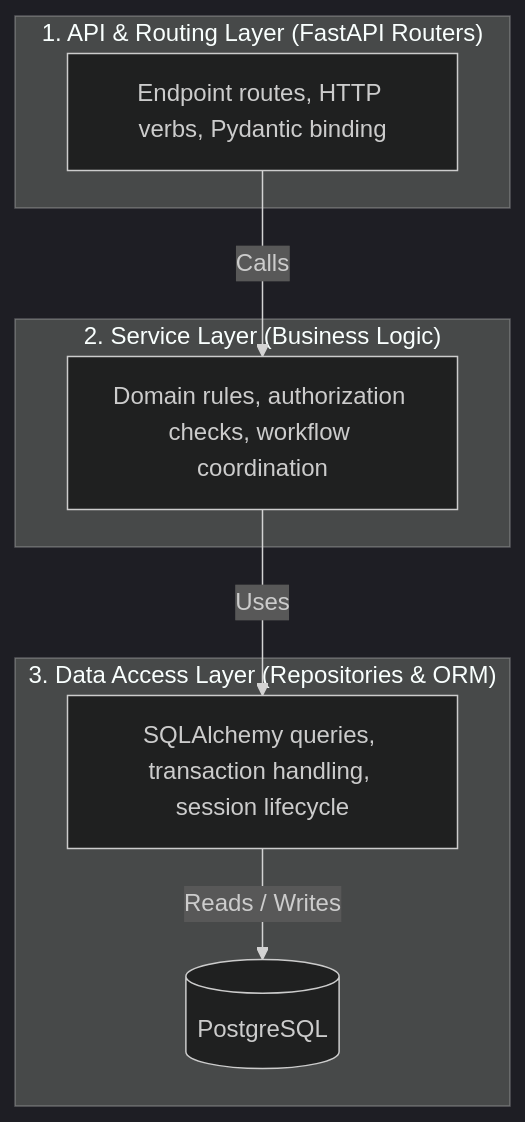
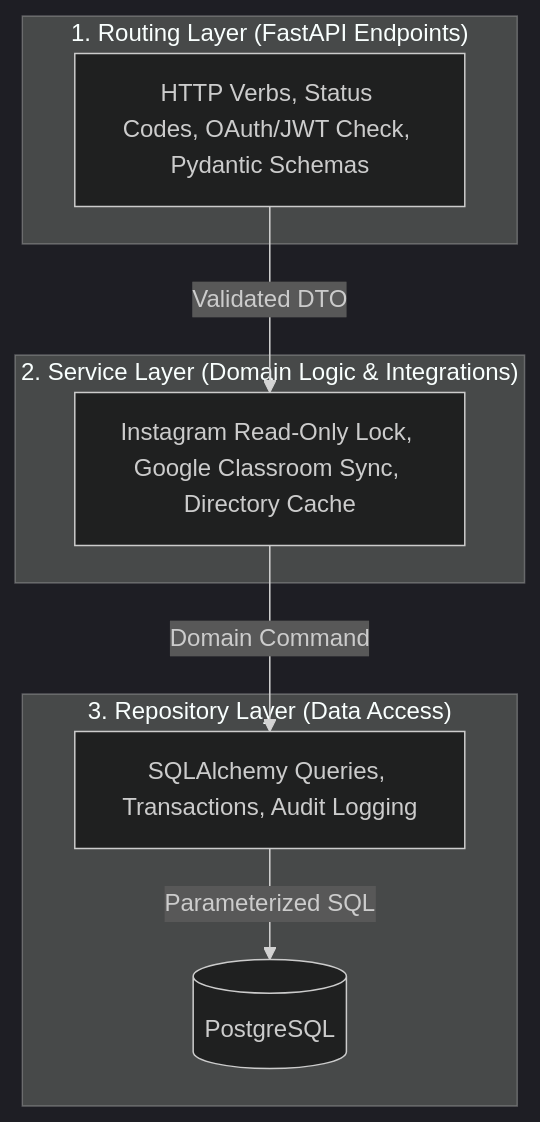
Before and after one commit to Pascal-Thommen/pascal-thommen.github.io: the third of 3 diagrams in content/posts/upa-campus-app-architecture-part-5/index.en.md, drawn with Mermaid (dark theme). The commit also changed other lines of this file and 20 other files, not shown here.

Commit message:
feat(posts): refine UPA Campus App architecture series with holistic webapp mental model and specification depth

````diff
--- a/content/posts/upa-campus-app-architecture-part-5/index.en.md
+++ b/content/posts/upa-campus-app-architecture-part-5/index.en.md
@@ -156,17 +112,17 @@
 ```mermaid
 flowchart TD
-    subgraph PresentationLayer["1. API & Routing Layer (FastAPI Routers)"]
-        Router["Endpoint routes, HTTP verbs, Pydantic binding"]
+    subgraph PresentationLayer["1. Routing Layer (FastAPI Endpoints)"]
+        Router["HTTP Verbs, Status Codes, OAuth/JWT Check, Pydantic Schemas"]
     end
-    subgraph BusinessLayer["2. Service Layer (Business Logic)"]
-        Service["Domain rules, authorization checks, workflow coordination"]
+    subgraph BusinessLayer["2. Service Layer (Domain Logic & Integrations)"]
+        Service["Instagram Read-Only Lock, Google Classroom Sync, Directory Cache"]
     end
-    subgraph PersistenceLayer["3. Data Access Layer (Repositories & ORM)"]
-        Repo["SQLAlchemy queries, transaction handling, session lifecycle"]
+    subgraph PersistenceLayer["3. Repository Layer (Data Access)"]
+        Repo["SQLAlchemy Queries, Transactions, Audit Logging"]
         DB[(PostgreSQL)]
     end
 
-    Router -->|Calls| Service
-    Service -->|Uses| Repo
-    Repo -->|Reads / Writes| DB
+    Router -->|Validated DTO| Service
+    Service -->|Domain Command| Repo
+    Repo -->|Parameterized SQL| DB
 ```
````
